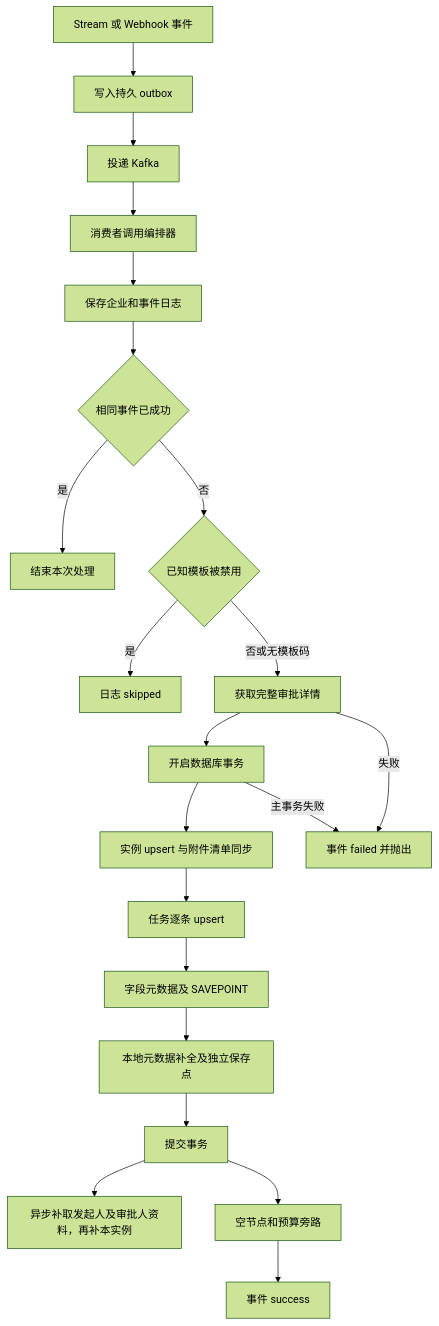
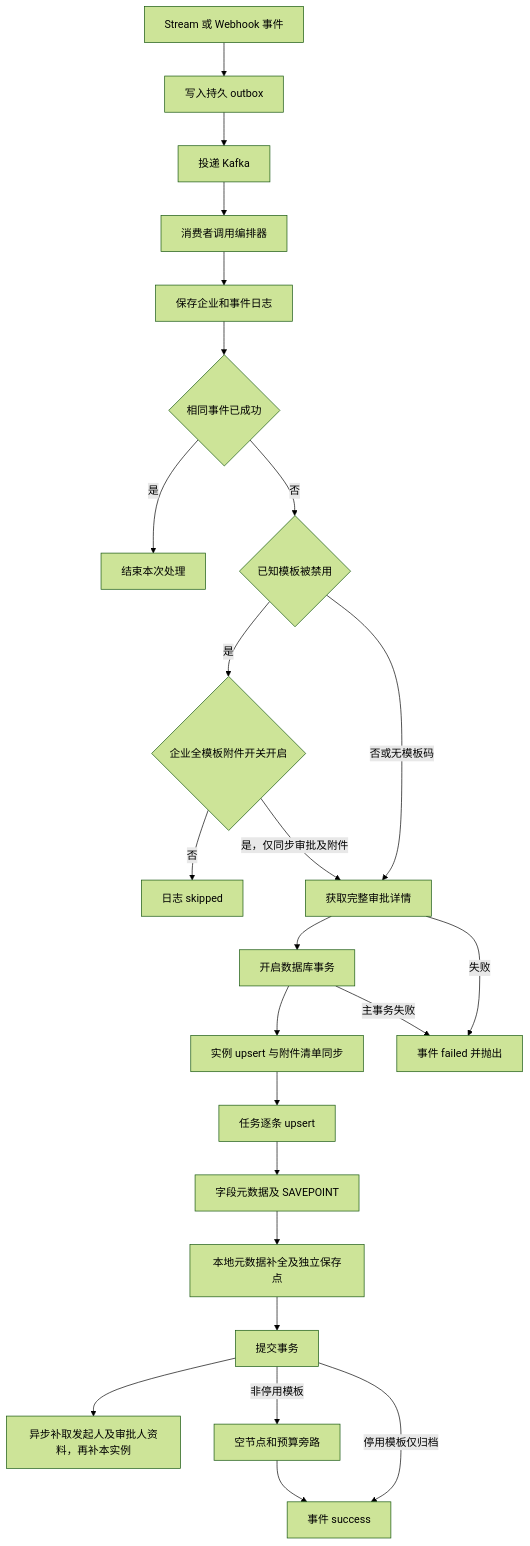
One commit to yueweiit/dingtalk-oa changed the diagram in docs/modules/approval-ingestion/workflow.md. Above: the diagram before and after it, drawn with Mermaid (forest theme). The commit also changed 8 other files, not shown here.

````diff
--- a/docs/modules/approval-ingestion/workflow.md
+++ b/docs/modules/approval-ingestion/workflow.md
@@ -7,23 +7,26 @@
 ```mermaid
 flowchart TD
   E["Stream 或 Webhook 事件"] --> O["写入持久 outbox"]
   O --> K["投递 Kafka"]
   K --> C["消费者调用编排器"]
   C --> L["保存企业和事件日志"]
   L --> D{"相同事件已成功"}
   D -->|是| END["结束本次处理"]
   D -->|否| T{"已知模板被禁用"}
-  T -->|是| SK["日志 skipped"]
+  T -->|是| CS{"企业全模板附件开关开启"}
+  CS -->|否| SK["日志 skipped"]
+  CS -->|是，仅同步审批及附件| API
   T -->|否或无模板码| API["获取完整审批详情"]
   API --> TX["开启数据库事务"]
   TX --> I["实例 upsert 与附件清单同步"]
   I --> TASK["任务逐条 upsert"]
   TASK --> F["字段元数据及 SAVEPOINT"]
   F --> META["本地元数据补全及独立保存点"]
   META --> COMMIT["提交事务"]
   COMMIT --> U["异步补取发起人及审批人资料，再补本实例"]
-  COMMIT --> A["空节点和预算旁路"]
+  COMMIT -->|非停用模板| A["空节点和预算旁路"]
+  COMMIT -->|停用模板仅归档| S
   A --> S["事件 success"]
   API -->|失败| FAIL["事件 failed 并抛出"]
   TX -->|主事务失败| FAIL
 ```
````
